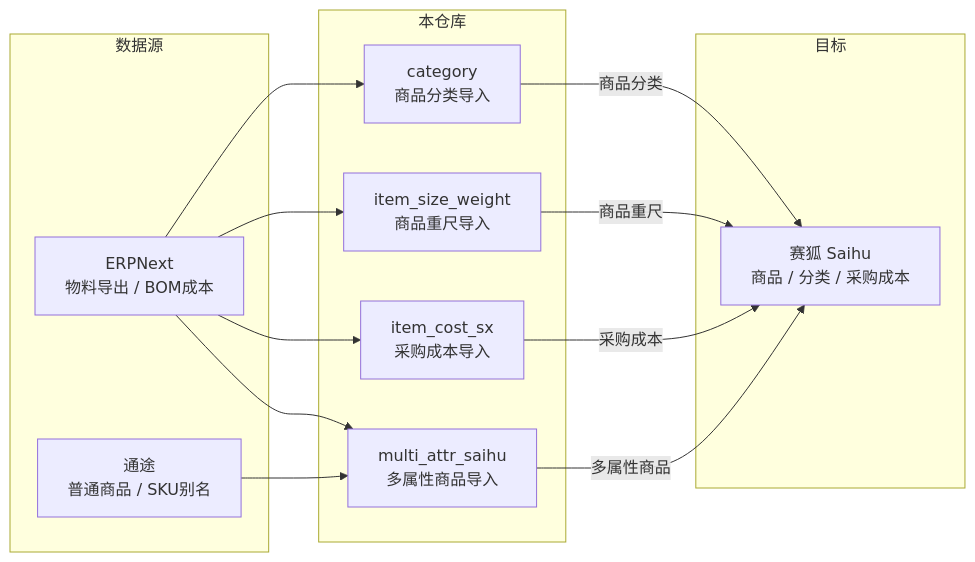
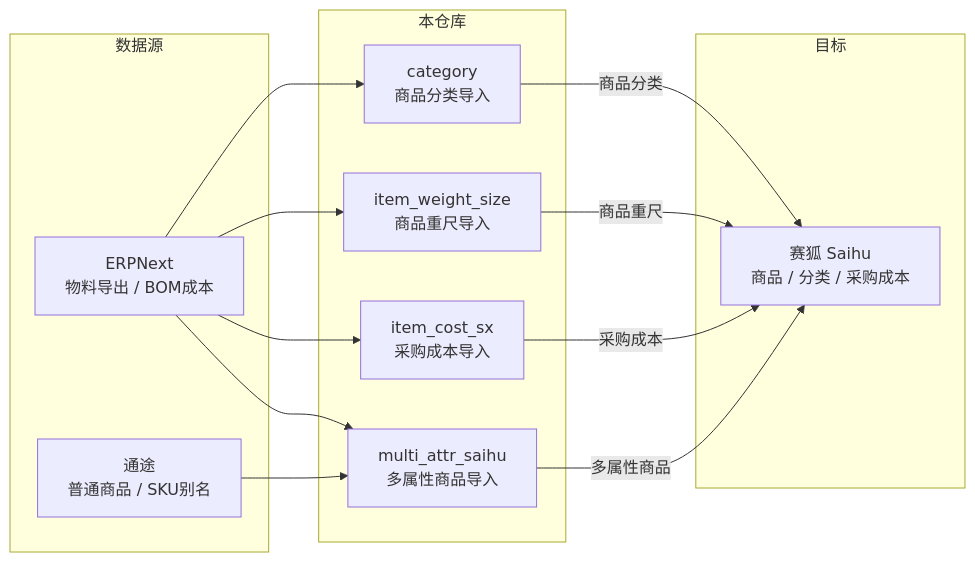
One commit to keyapi/fzh-data changed the diagram in README.md. Above: the diagram before and after it, drawn with Mermaid. The commit also changed other lines of this file and 6 other files, not shown here.

First line of the commit message:
refactor: 统一模块目录名为 item_weight_size

````diff
--- a/README.md
+++ b/README.md
@@ -7,28 +7,28 @@
 ```mermaid
 flowchart LR
     subgraph 数据源
         en[ERPNext<br/>物料导出 / BOM成本]
         tt[通途<br/>普通商品 / SKU别名]
     end
 
     subgraph 本仓库
         ma[multi_attr_saihu<br/>多属性商品导入]
         ct[category<br/>商品分类导入]
         ic[item_cost_sx<br/>采购成本导入]
-        sw[item_size_weight<br/>商品重尺导入]
+        sw[item_weight_size<br/>商品重尺导入]
     end
 
     subgraph 目标
         sai[赛狐 Saihu<br/>商品 / 分类 / 采购成本]
     end
 
     en --> ma
     en --> ic
     en --> sw
     tt --> ma
     ma -->|多属性商品| sai
     en --> ct
     ct -->|商品分类| sai
     ic -->|采购成本| sai
     sw -->|商品重尺| sai
 ```
````
